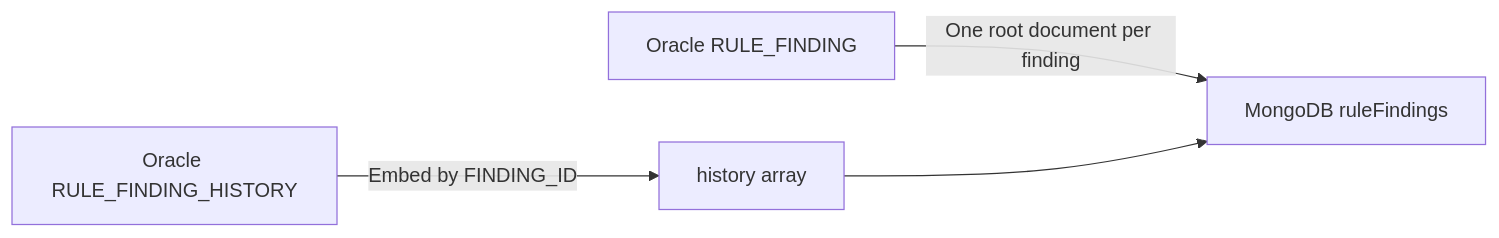
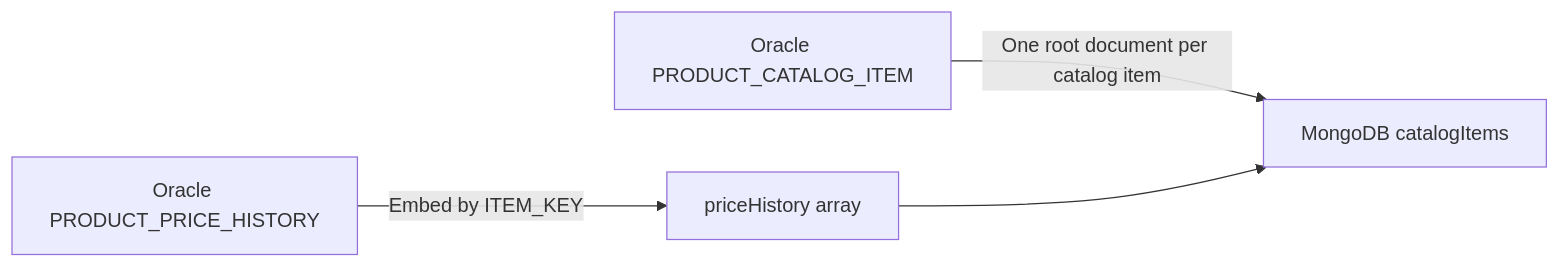
The diagram in oracle-to-mongodb-migration/relational-migrator-parent-history-walkthrough.md (Korrojo/architecture-diagrams), drawn with Mermaid before and after one commit. The commit also changed other lines of this file, not shown here.

Commit message:
Replace workflow identifiers with sample catalog tables

````diff
--- a/oracle-to-mongodb-migration/relational-migrator-parent-history-walkthrough.md
+++ b/oracle-to-mongodb-migration/relational-migrator-parent-history-walkthrough.md
@@ -18,6 +18,6 @@
 ```mermaid
 flowchart LR
-    P["Oracle RULE_FINDING"] -->|"One root document per finding"| M["MongoDB ruleFindings"]
-    H["Oracle RULE_FINDING_HISTORY"] -->|"Embed by FINDING_ID"| A["history array"]
+    P["Oracle PRODUCT_CATALOG_ITEM"] -->|"One root document per catalog item"| M["MongoDB catalogItems"]
+    H["Oracle PRODUCT_PRICE_HISTORY"] -->|"Embed by ITEM_KEY"| A["priceHistory array"]
     A --> M
 ```
````
